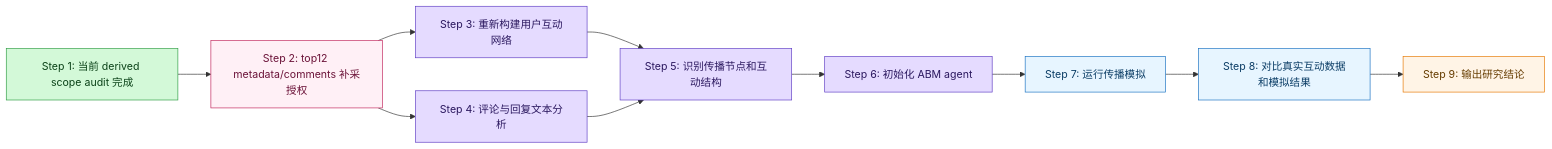
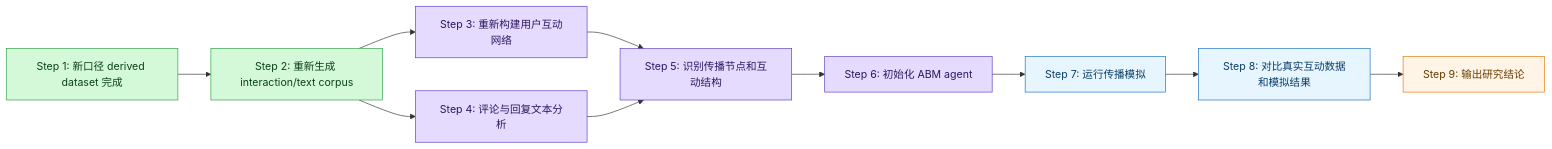
The fourth of 4 diagrams in docs/05-周报/2026-06-20-锦江酒店Douyin评论与回复数据集构建及LLM-ABM研究支撑.md (liu-qingyuan/llm-abm-marketing-sim), drawn with Mermaid before and after one commit. The commit also changed other lines of this file and 2 other files, not shown here.

First line of the commit message:
Refine Jinjiang Douyin scope with authorized top12 backfill

````diff
--- a/docs/05-周报/2026-06-20-锦江酒店Douyin评论与回复数据集构建及LLM-ABM研究支撑.md
+++ b/docs/05-周报/2026-06-20-锦江酒店Douyin评论与回复数据集构建及LLM-ABM研究支撑.md
@@ -441,34 +453,34 @@
 ```mermaid
 graph LR
-    dataset["Step 1: 当前 derived scope audit 完成"]
-    backfill["Step 2: top12 metadata/comments 补采授权"]
+    dataset["Step 1: 新口径 derived dataset 完成"]
+    backfill["Step 2: 重新生成 interaction/text corpus"]
     network["Step 3: 重新构建用户互动网络"]
     textAnalysis["Step 4: 评论与回复文本分析"]
     structure["Step 5: 识别传播节点和互动结构"]
     agentInit["Step 6: 初始化 ABM agent"]
     simulation["Step 7: 运行传播模拟"]
     comparison["Step 8: 对比真实互动数据和模拟结果"]
     conclusion["Step 9: 输出研究结论"]
 
     dataset --> backfill
     backfill --> network
     backfill --> textAnalysis
     network --> structure
     textAnalysis --> structure
     structure --> agentInit
     agentInit --> simulation
     simulation --> comparison
     comparison --> conclusion
 
     classDef doneClass fill:#d3f9d8,stroke:#2f9e44,color:#0b4218
     classDef gapClass fill:#fff0f6,stroke:#c2255c,color:#6b1238
     classDef processClass fill:#e5dbff,stroke:#5f3dc4,color:#2b185f
     classDef futureClass fill:#e7f5ff,stroke:#1971c2,color:#0b3d66
     classDef resultClass fill:#fff4e6,stroke:#e67700,color:#663c00
 
     class dataset doneClass
-    class backfill gapClass
+    class backfill doneClass
     class network,textAnalysis,structure,agentInit processClass
     class simulation,comparison futureClass
     class conclusion resultClass
 ```
````
